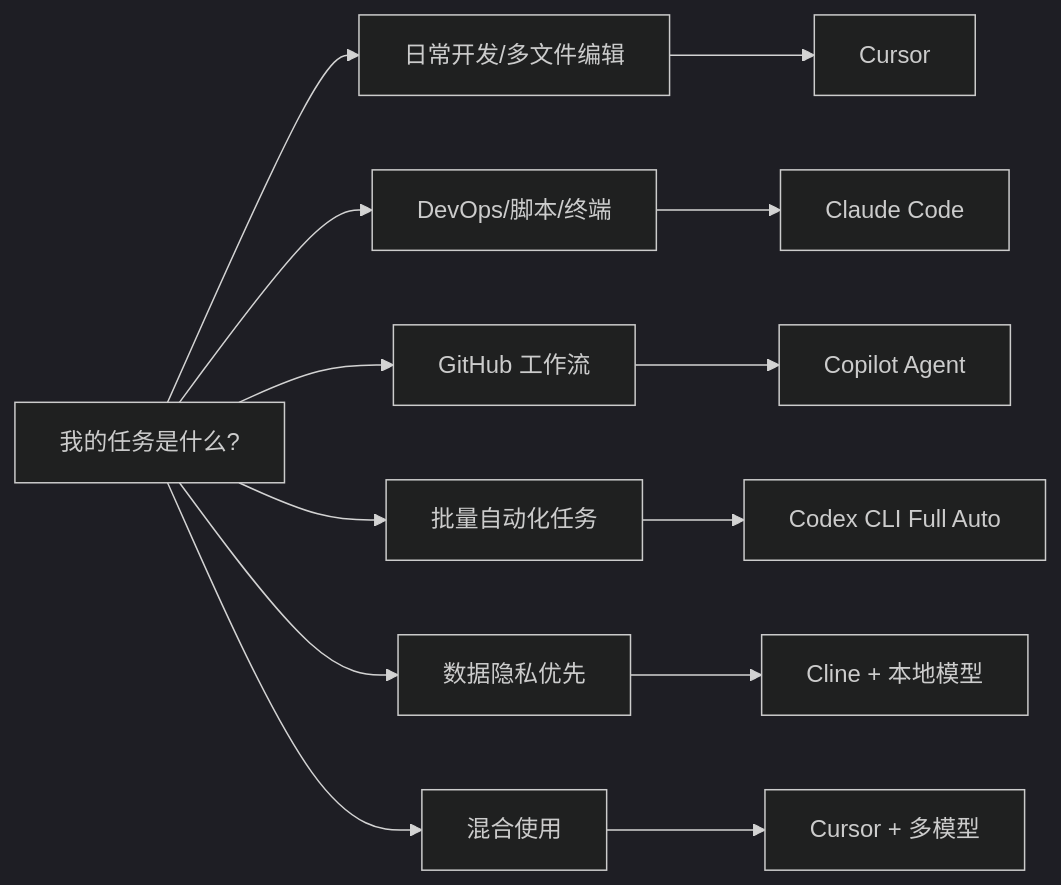
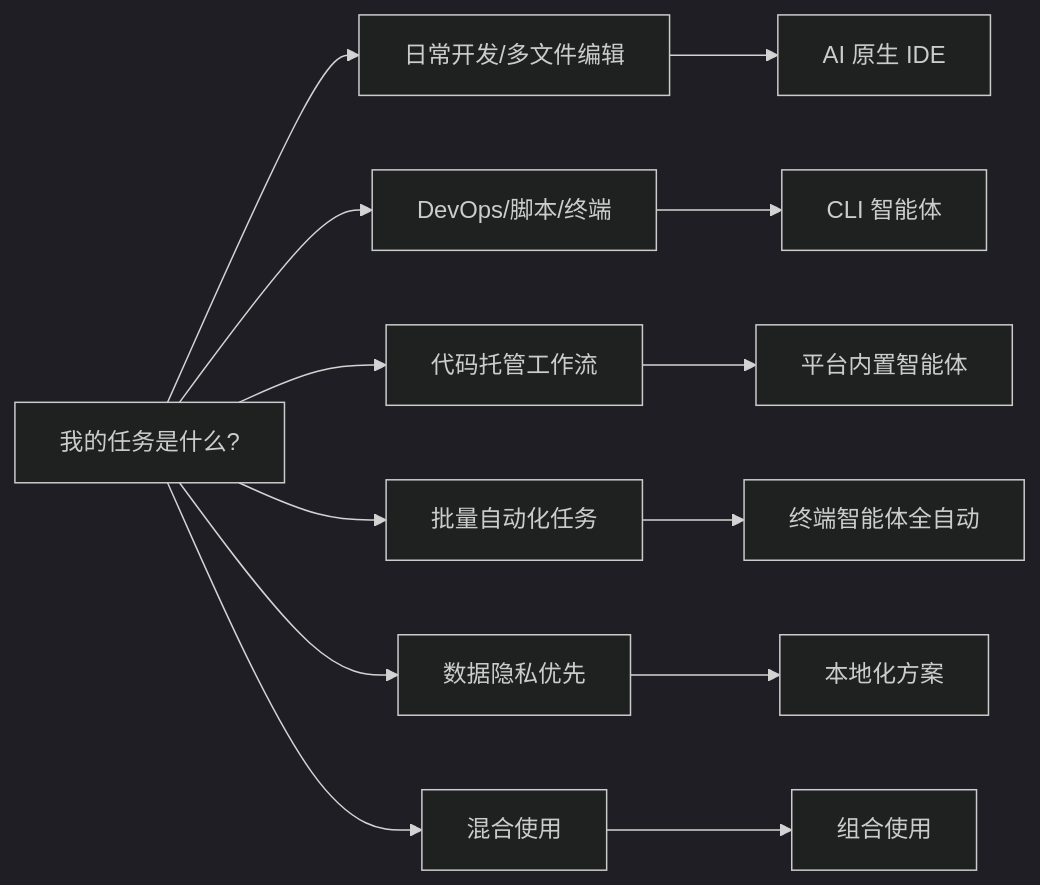
Before and after one commit to yeasy/agentic_ai_guide: the first of 2 diagrams in 10_agentic_coding/10.3_tools.md, drawn with Mermaid (dark theme). The commit also changed other lines of this file and 88 other files, not shown here.

````diff
--- a/10_agentic_coding/10.3_tools.md
+++ b/10_agentic_coding/10.3_tools.md
@@ -498,22 +499,22 @@
 ```mermaid
 graph LR
     Task[我的任务是什么?]
     
     Task --> Daily[日常开发/多文件编辑]
-    Daily --> Cursor[Cursor]
+    Daily --> IDE[AI 原生 IDE]
     
     Task --> DevOps[DevOps/脚本/终端]
-    DevOps --> Claude[Claude Code]
+    DevOps --> CLI[CLI 智能体]
     
-    Task --> GitHub[GitHub 工作流]
-    GitHub --> Copilot[Copilot Agent]
+    Task --> GitHub[代码托管工作流]
+    GitHub --> Bot[平台内置智能体]
     
     Task --> Auto[批量自动化任务]
-    Auto --> Codex[Codex CLI Full Auto]
+    Auto --> Codex[终端智能体全自动]
     
     Task --> Privacy[数据隐私优先]
-    Privacy --> Cline[Cline + 本地模型]
+    Privacy --> Local[本地化方案]
     
     Task --> Mix[混合使用]
-    Mix --> Multi[Cursor + 多模型]
+    Mix --> Multi[组合使用]
 ```
````
